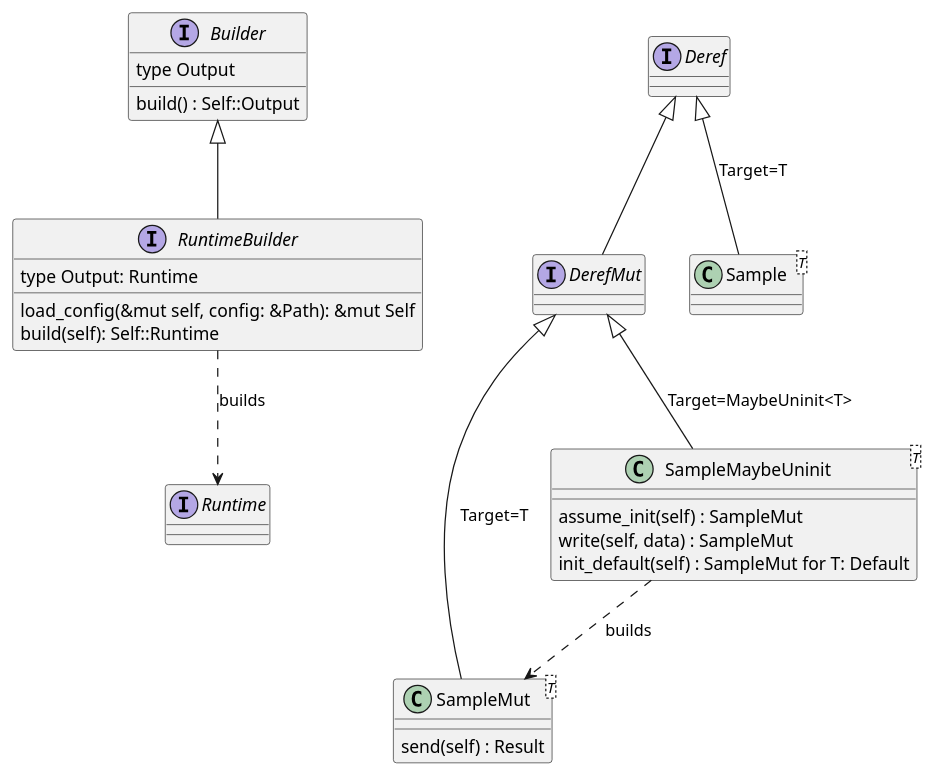
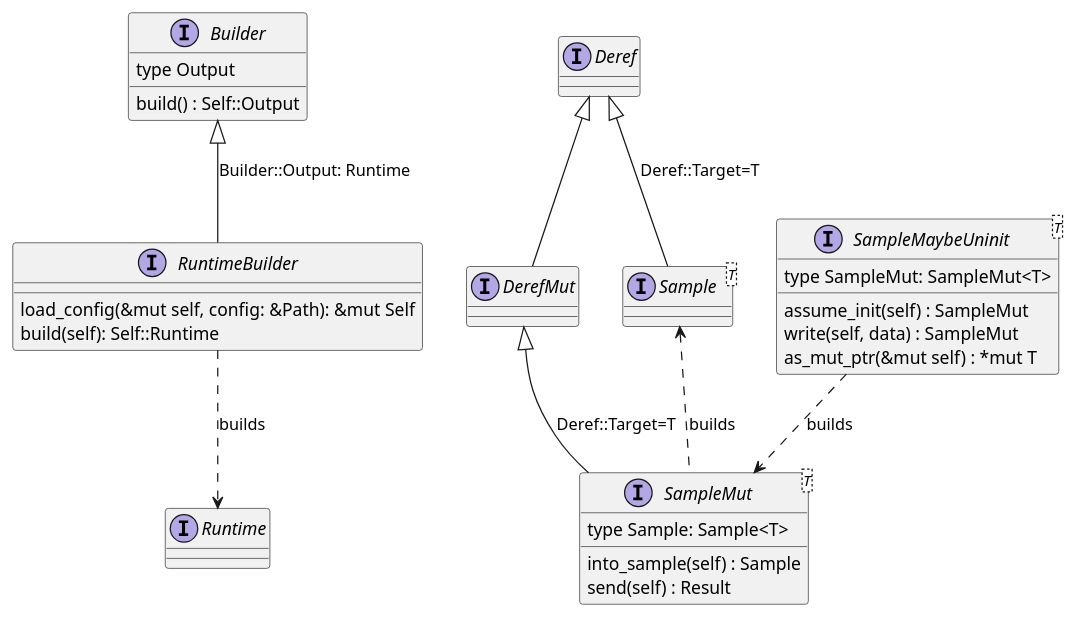
The diagram in com-api/docs/static.puml (eclipse-score/inc_mw_com), drawn with PlantUML before and after one commit. The commit also changed 5 other files, not shown here.

```diff
--- a/com-api/docs/static.puml
+++ b/com-api/docs/static.puml
@@ -1,41 +1,54 @@
 @startuml
+
+' Copyright (c) 2025 Contributors to the Eclipse Foundation
+'
+' See the NOTICE file(s) distributed with this work for additional
+' information regarding copyright ownership.
+'
+' This program and the accompanying materials are made available under the
+' terms of the Apache License Version 2.0 which is available at
+' <https://www.apache.org/licenses/LICENSE-2.0>
+'
+' SPDX-License-Identifier: Apache-2.0
 
 interface Builder {
     type Output
     build() : Self::Output
 }
 
 ' Also called "Node"
 interface Runtime
 
 Interface RuntimeBuilder {
-    type Output: Runtime
     load_config(&mut self, config: &Path): &mut Self
     build(self): Self::Runtime
 }
 
-Builder <|-- RuntimeBuilder
+Builder <|-- RuntimeBuilder : Builder::Output: Runtime
 RuntimeBuilder ..> Runtime : builds
 
 interface Deref
 interface DerefMut
 Deref <|-- DerefMut
 
-class Sample<T>
-Deref <|-- Sample : Target=T
+interface Sample<T>
+Deref <|-- Sample : Deref::Target=T
 
-class SampleMut<T> {
+interface SampleMut<T> {
+    type Sample: Sample<T>
+    into_sample(self) : Sample
     send(self) : Result
 }
-DerefMut <|-- SampleMut : Target=T
+DerefMut <|-- SampleMut : Deref::Target=T
 
-class SampleMaybeUninit<T> {
+interface SampleMaybeUninit<T> {
+    type SampleMut: SampleMut<T>
     assume_init(self) : SampleMut
     write(self, data) : SampleMut
-    init_default(self) : SampleMut for T: Default
+    as_mut_ptr(&mut self) : *mut T
 }
-DerefMut <|-- SampleMaybeUninit : Target=MaybeUninit<T>
 
 SampleMaybeUninit ..> SampleMut : builds
+Sample <.. SampleMut : builds
 
 @enduml
```
